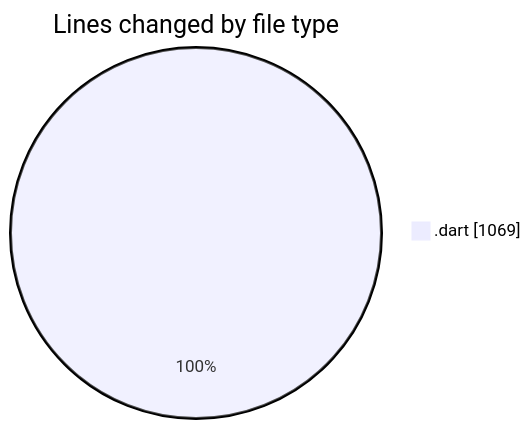
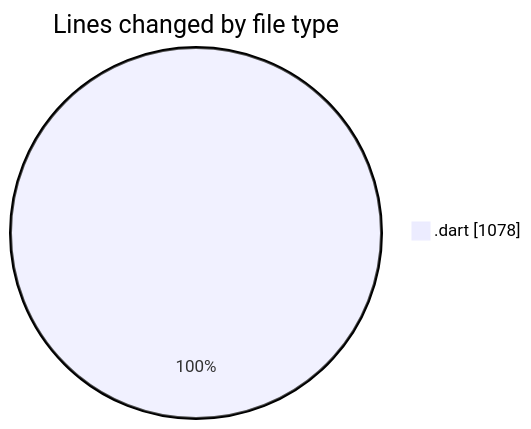
The first of 2 diagrams in 2025-03-08/uber_clone/README.md (donsfak/code-tracking), drawn with Mermaid before and after one commit. The commit also changed other lines of this file and 1 other file, not shown here.

````diff
--- a/2025-03-08/uber_clone/README.md
+++ b/2025-03-08/uber_clone/README.md
@@ -21,5 +21,5 @@
 ```mermaid
 pie showData
 title Lines changed by file type
-".dart" : 1069
+".dart" : 1078
 ```
````
